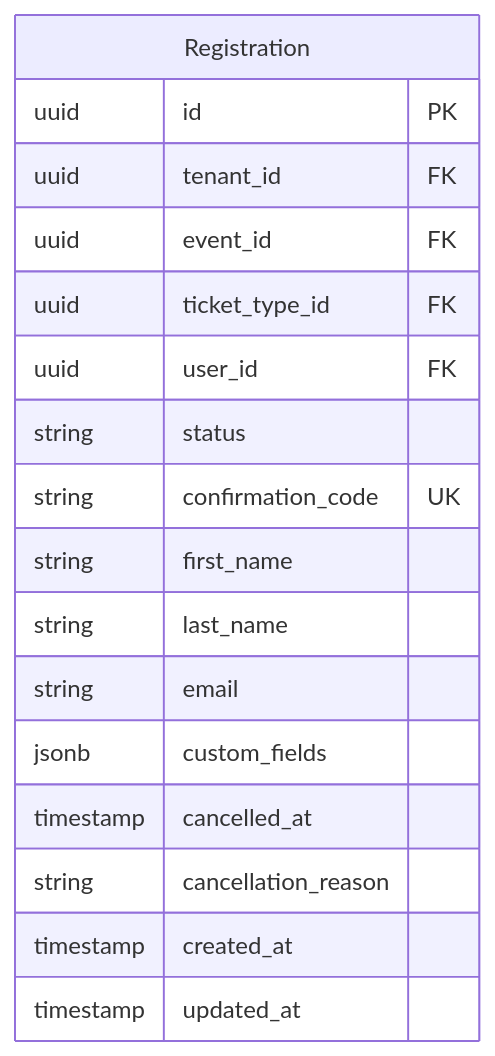
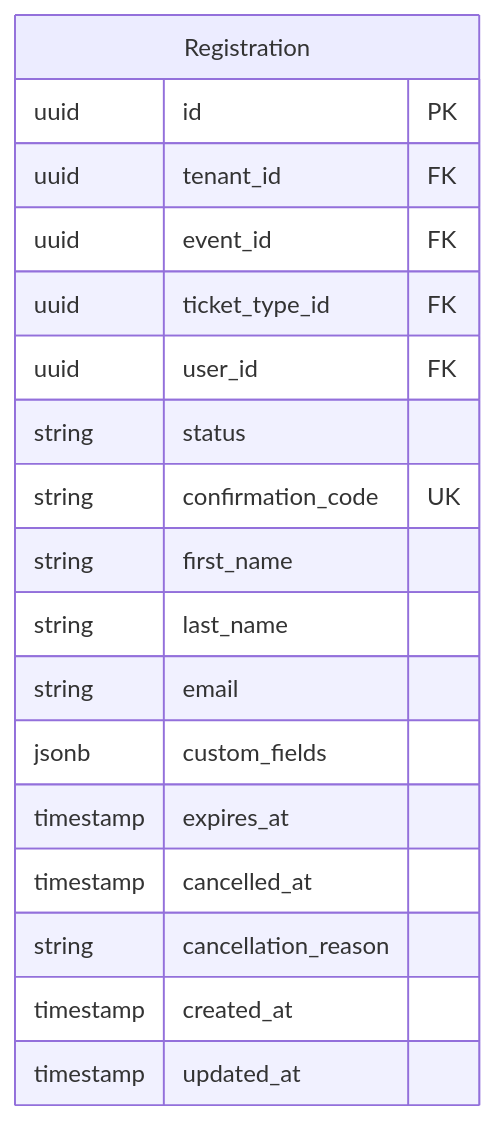
Before and after one commit to egorov-ma/aqstream: diagram 11 of 23 in docs/data/domain-model.md, drawn with Mermaid. The commit also changed other lines of this file and 47 other files, not shown here.

````diff
--- a/docs/data/domain-model.md
+++ b/docs/data/domain-model.md
@@ -279,20 +413,21 @@
 ```mermaid
 erDiagram
     Registration {
         uuid id PK
         uuid tenant_id FK
         uuid event_id FK
         uuid ticket_type_id FK
         uuid user_id FK
         string status
         string confirmation_code UK
         string first_name
         string last_name
         string email
         jsonb custom_fields
+        timestamp expires_at
         timestamp cancelled_at
         string cancellation_reason
         timestamp created_at
         timestamp updated_at
     }
 ```
````
